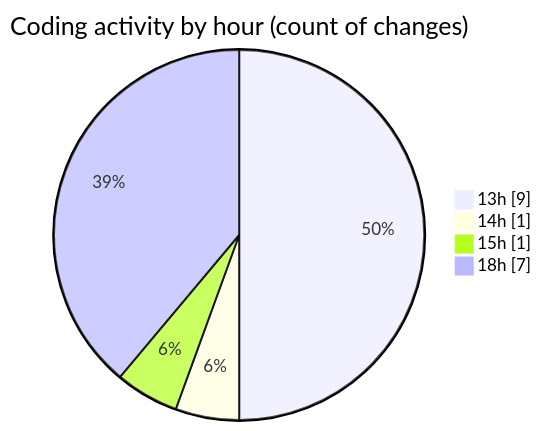
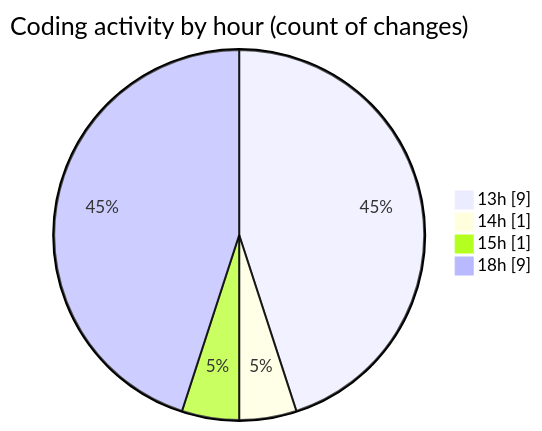
Before and after one commit to nxtqubesakshisongat/code-tracking: the second of 2 diagrams in 2025-11-19/nxtqube_webapp/README.md, drawn with Mermaid. The commit also changed other lines of this file and 1 other file, not shown here.

````diff
--- a/2025-11-19/nxtqube_webapp/README.md
+++ b/2025-11-19/nxtqube_webapp/README.md
@@ -30,8 +30,8 @@
 ```mermaid
 pie showData
 title Coding activity by hour (count of changes)
 "13h" : 9
 "14h" : 1
 "15h" : 1
-"18h" : 7
+"18h" : 9
 ```
````
